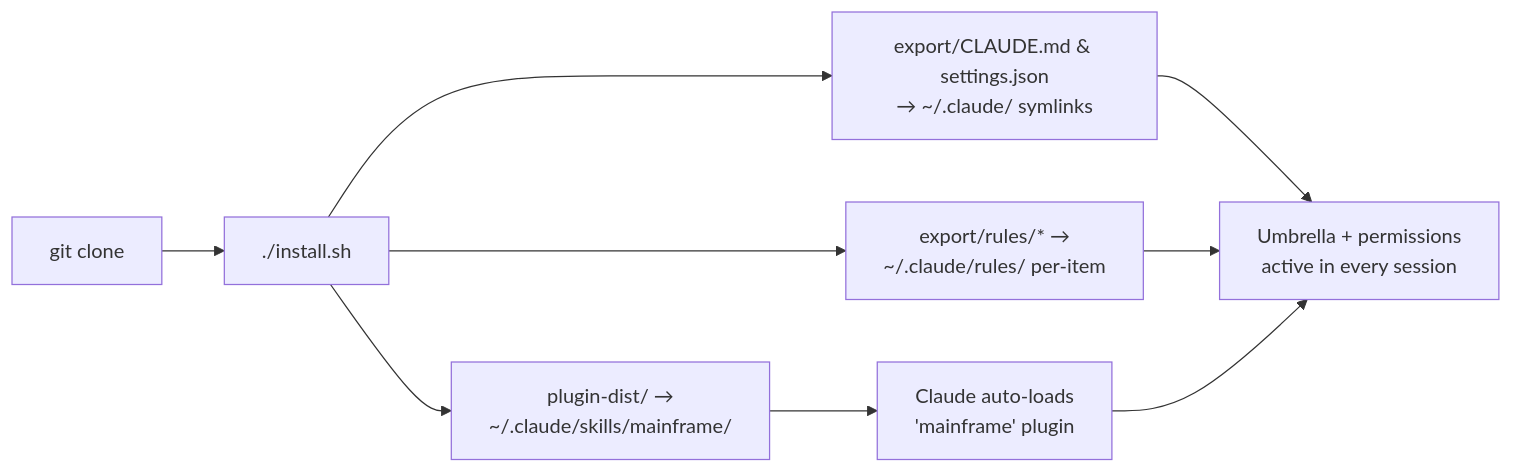
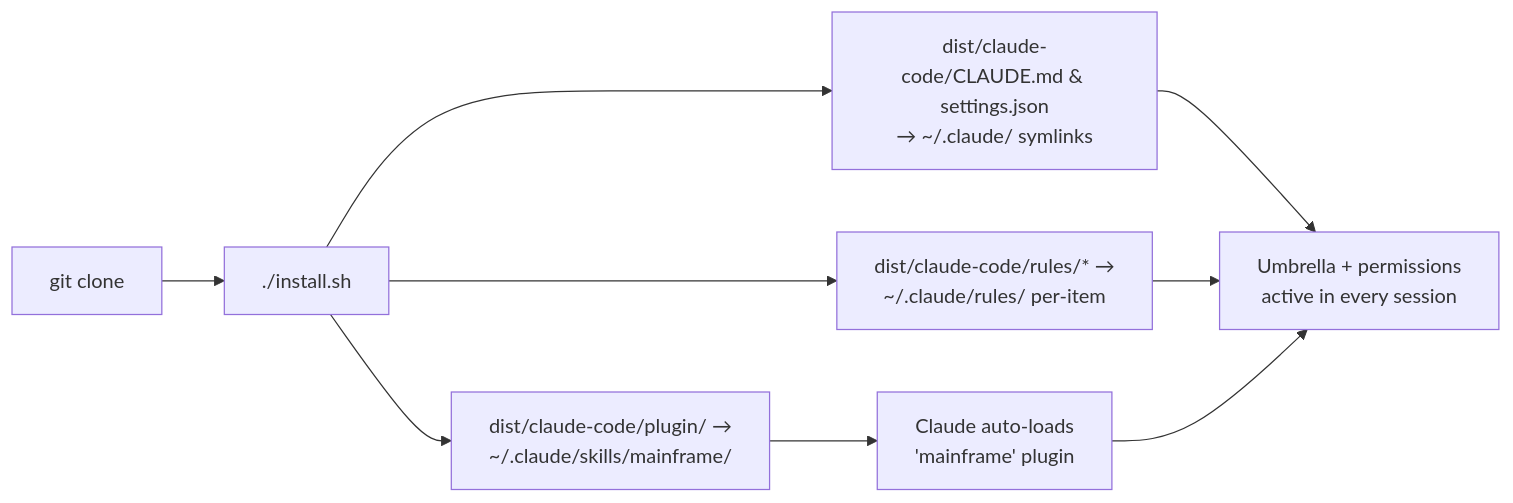
One commit to CATWILLgh/MAINFRAME changed the second of 4 diagrams in README.md. Above: the diagram before and after it, drawn with Mermaid. The commit also changed other lines of this file and 13 other files, not shown here.

````diff
--- a/README.md
+++ b/README.md
@@ -228,11 +228,11 @@
 ```mermaid
 graph LR
     A[git clone] --> B[./install.sh]
-    B --> C[plugin-dist/ →<br/>~/.claude/skills/mainframe/]
-    B --> D[export/CLAUDE.md & settings.json<br/>→ ~/.claude/ symlinks]
-    B --> E[export/rules/* →<br/>~/.claude/rules/ per-item]
+    B --> C[dist/claude-code/plugin/ →<br/>~/.claude/skills/mainframe/]
+    B --> D[dist/claude-code/CLAUDE.md & settings.json<br/>→ ~/.claude/ symlinks]
+    B --> E[dist/claude-code/rules/* →<br/>~/.claude/rules/ per-item]
     C --> F[Claude auto-loads<br/>'mainframe' plugin]
     D --> G[Umbrella + permissions<br/>active in every session]
     E --> G
     F --> G
 ```
````
